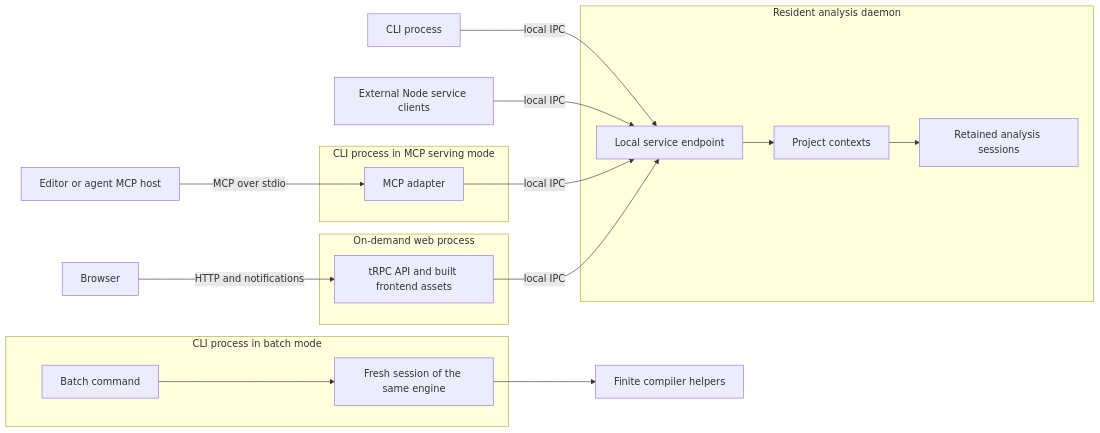
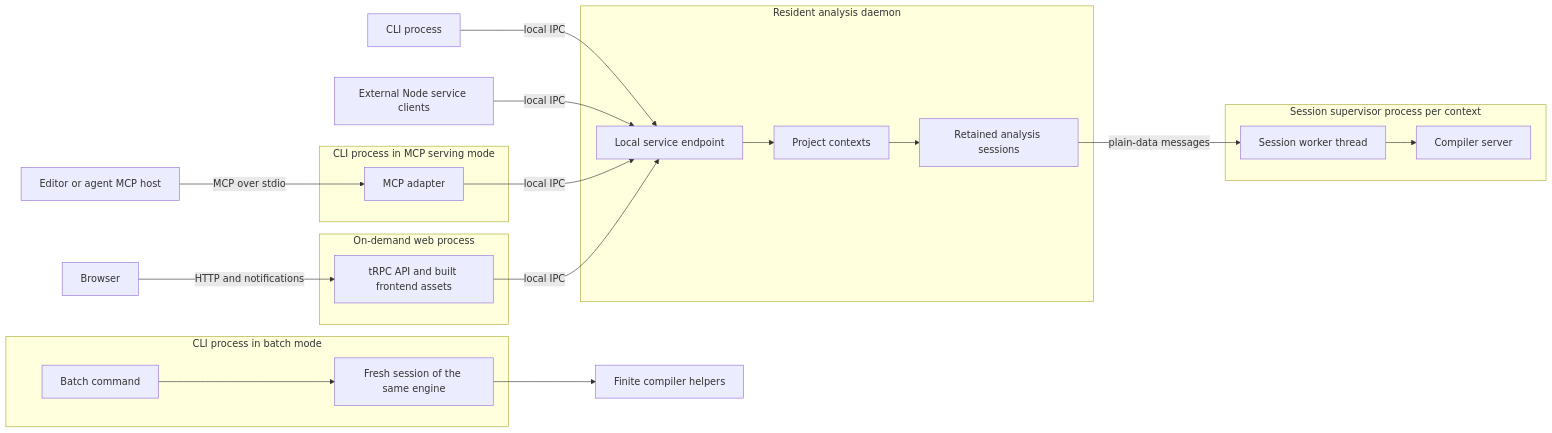
The diagram in docs/architecture/processes-and-clients.md (danmaz74/ramify), drawn with Mermaid before and after one commit. The commit also changed other lines of this file and 2 other files, not shown here.

First line of the commit message:
docs(architecture): state the implemented retained session and hook check (Plan 5 iteration 13)

````diff
--- a/docs/architecture/processes-and-clients.md
+++ b/docs/architecture/processes-and-clients.md
@@ -24,23 +24,27 @@
 ```mermaid
 flowchart LR
   CLI[CLI process] -->|local IPC| API
   Native[External Node service clients] -->|local IPC| API
   Host[Editor or agent MCP host] -->|MCP over stdio| MCP
   subgraph McpProcess[CLI process in MCP serving mode]
     MCP[MCP adapter]
   end
   MCP -->|local IPC| API
   Browser[Browser] -->|HTTP and notifications| Web
   subgraph WebProcess[On-demand web process]
     Web[tRPC API and built frontend assets]
   end
   Web -->|local IPC| API
   subgraph DaemonProcess[Resident analysis daemon]
     API[Local service endpoint] --> Contexts[Project contexts]
     Contexts --> Engine[Retained analysis sessions]
   end
+  subgraph SessionProcess[Session supervisor process per context]
+    Worker[Session worker thread] --> Server[Compiler server]
+  end
+  Engine -->|plain-data messages| Worker
   subgraph BatchProcess[CLI process in batch mode]
     Batch[Batch command] --> Fresh[Fresh session of the same engine]
   end
   Fresh --> Helpers[Finite compiler helpers]
 ```
````
